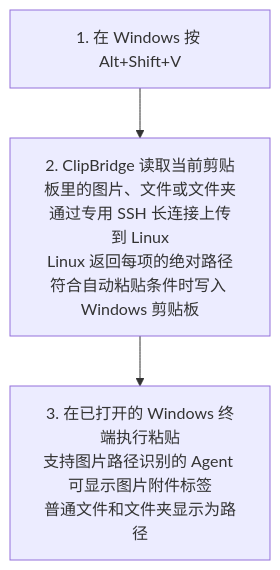
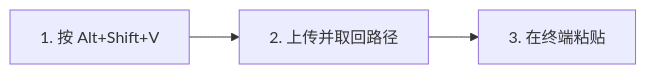
One commit to NewbieToEverything/clip-win-linux changed the first of 2 diagrams in README.zh.md. Above: the diagram before and after it, drawn with Mermaid. The commit also changed other lines of this file and 1 other file, not shown here.

Commit message:
Simplify README flowchart labels

````diff
--- a/README.zh.md
+++ b/README.zh.md
@@ -13,5 +13,5 @@
 ```mermaid
-flowchart TD
-    A["1. 在 Windows 按 Alt+Shift+V"] --> B["2. ClipBridge 读取当前剪贴板里的图片、文件或文件夹<br/>通过专用 SSH 长连接上传到 Linux<br/>Linux 返回每项的绝对路径<br/>符合自动粘贴条件时写入 Windows 剪贴板"]
-    B --> C["3. 在已打开的 Windows 终端执行粘贴<br/>支持图片路径识别的 Agent 可显示图片附件标签<br/>普通文件和文件夹显示为路径"]
+flowchart LR
+    A["1. 按 Alt+Shift+V"] --> B["2. 上传并取回路径"]
+    B --> C["3. 在终端粘贴"]
 ```
````
